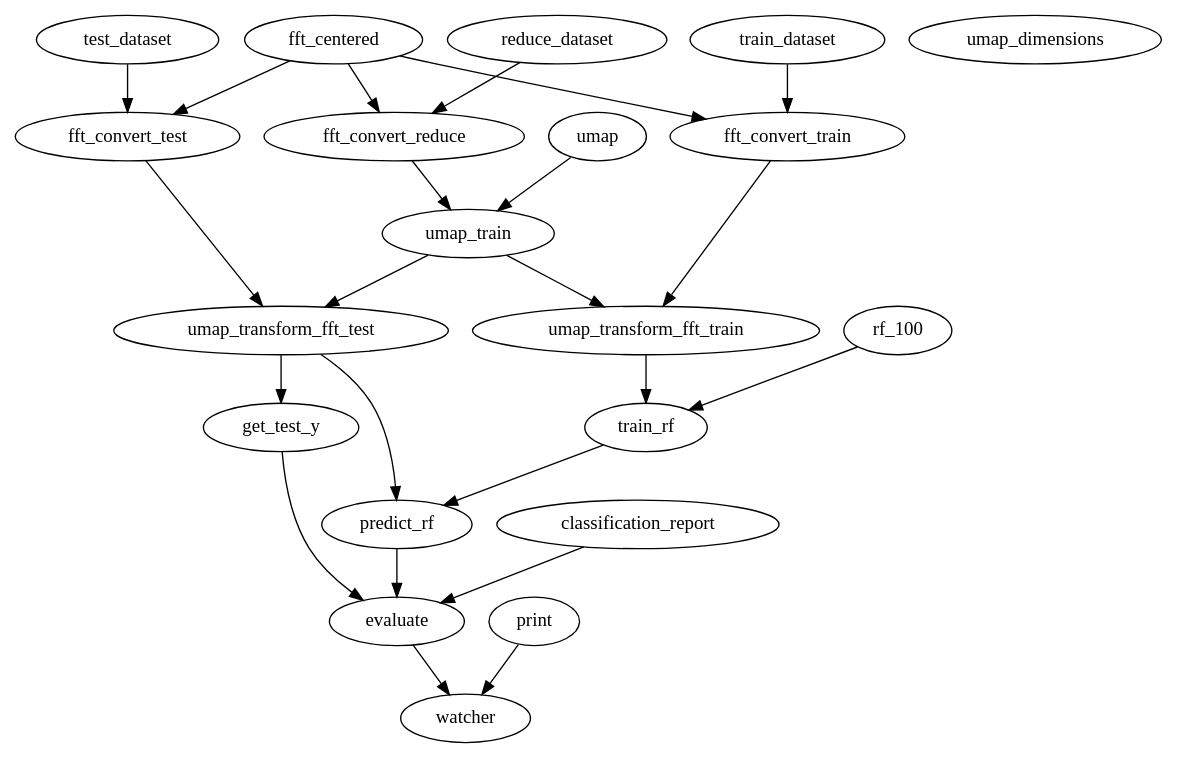
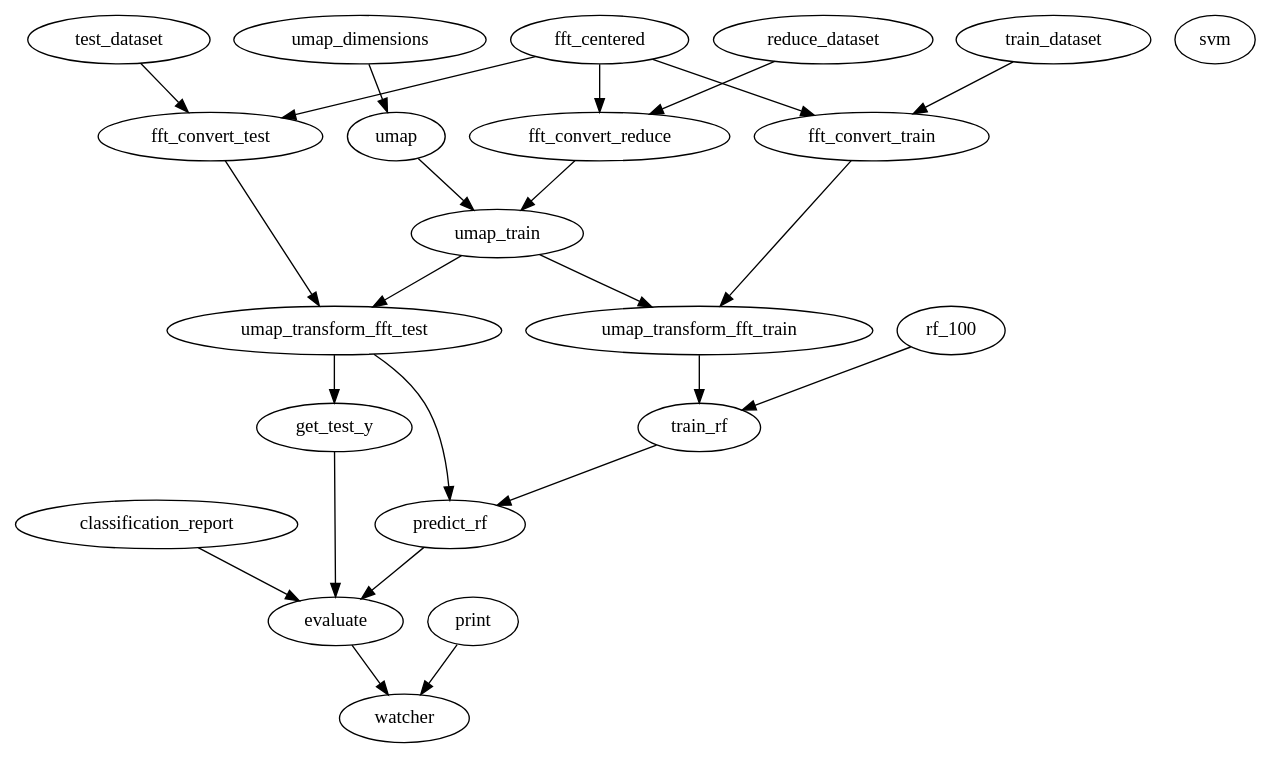
One commit to discovery-unicamp/hiaac-m4-experiments changed the diagram in experiments/umap_configs/simple_config.dot. Above: the diagram before and after it, drawn with Graphviz. The commit also changed 1 other file, not shown here.

```diff
--- a/experiments/umap_configs/simple_config.dot
+++ b/experiments/umap_configs/simple_config.dot
@@ -1,25 +1,45 @@
 strict digraph "" {
+	train_dataset	[b=1,
+		s="^"];
 	train_dataset -> fft_convert_train;
+	test_dataset	[b=1,
+		s="^"];
 	test_dataset -> fft_convert_test;
+	reduce_dataset	[b=1,
+		s="^"];
 	reduce_dataset -> fft_convert_reduce;
-	umap_dimensions;
+	umap_dimensions	[b=1,
+		s="^"];
+	umap	[b=1,
+		s="^"];
+	umap_dimensions -> umap;
+	fft_centered	[b=1,
+		s="^"];
 	fft_centered -> fft_convert_train;
 	fft_centered -> fft_convert_test;
 	fft_centered -> fft_convert_reduce;
+	umap -> umap_train;
+	rf_100	[b=1,
+		s="^"];
+	rf_100 -> train_rf;
+	svm	[b=1,
+		s="^"];
+	classification_report	[b=1,
+		s="^"];
+	classification_report -> evaluate;
+	print	[b=1,
+		s="^"];
+	print -> watcher;
 	fft_convert_train -> umap_transform_fft_train;
 	fft_convert_test -> umap_transform_fft_test;
 	fft_convert_reduce -> umap_train;
-	umap -> umap_train;
 	umap_train -> umap_transform_fft_train;
 	umap_train -> umap_transform_fft_test;
 	umap_transform_fft_train -> train_rf;
 	umap_transform_fft_test -> predict_rf;
 	umap_transform_fft_test -> get_test_y;
-	rf_100 -> train_rf;
 	train_rf -> predict_rf;
 	predict_rf -> evaluate;
 	get_test_y -> evaluate;
-	classification_report -> evaluate;
 	evaluate -> watcher;
-	print -> watcher;
 }
```
